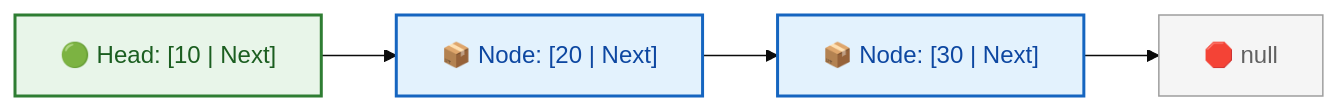
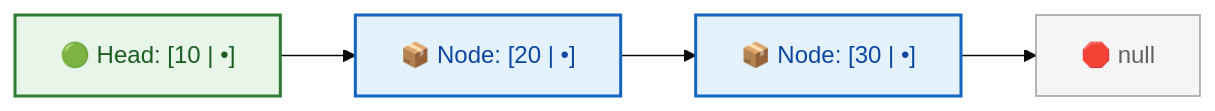
Before and after one commit to dip4k/DSA_102: the second of 5 diagrams in week_02_foundations_ii_linear_data_structures/Week_02_Visual_Concepts_Playbook_HYBRID.md, drawn with Mermaid (base theme). The commit also changed other lines of this file and 191 other files, not shown here.

````diff
--- a/week_02_foundations_ii_linear_data_structures/Week_02_Visual_Concepts_Playbook_HYBRID.md
+++ b/week_02_foundations_ii_linear_data_structures/Week_02_Visual_Concepts_Playbook_HYBRID.md
@@ -197,13 +179,13 @@
 ```mermaid
 flowchart LR
     classDef headNode fill:#e8f5e9,stroke:#2e7d32,stroke-width:2px,color:#1b5e20
     classDef node fill:#e3f2fd,stroke:#1565c0,stroke-width:2px,color:#0d47a1
     classDef nullNode fill:#f5f5f5,stroke:#9e9e9e,stroke-width:1px,color:#616161
 
-    H["🟢 Head: [10 | Next]"]:::headNode
-    N2["📦 Node: [20 | Next]"]:::node
-    N3["📦 Node: [30 | Next]"]:::node
+    H["🟢 Head: [10 | •]"]:::headNode
+    N2["📦 Node: [20 | •]"]:::node
+    N3["📦 Node: [30 | •]"]:::node
     Null["🛑 null"]:::nullNode
 
     H --> N2 --> N3 --> Null
 ```
````
